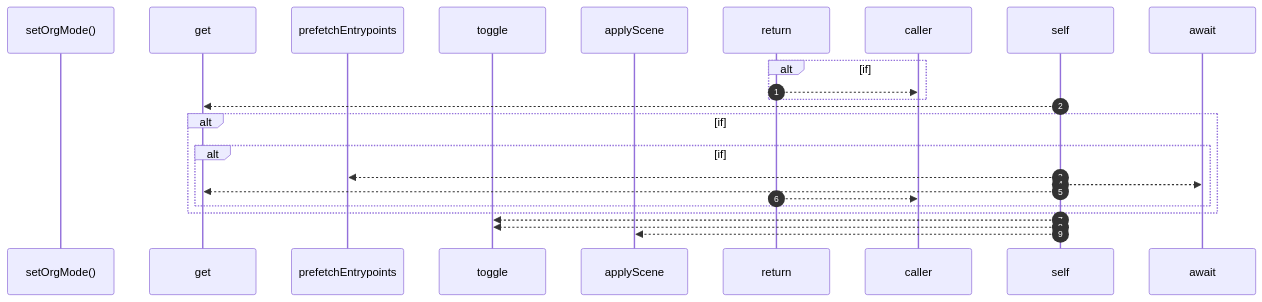
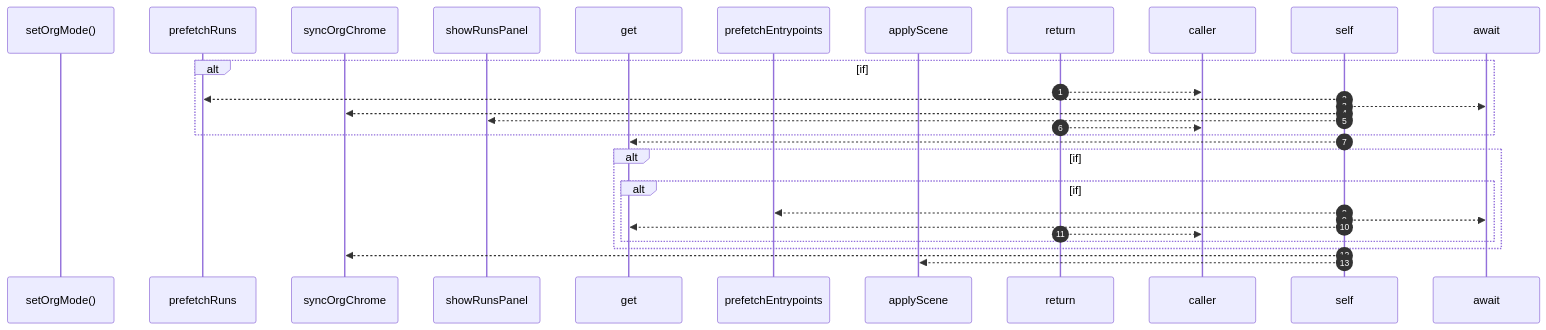
Before and after one commit to RyanGuild/self-describing-code: the diagram in .robby/diagrams/seq-typescript-robby-site-src-viewer-setorgmode.mmd, drawn with Mermaid. The commit also changed 145 other files, not shown here.

```diff
--- a/.robby/diagrams/seq-typescript-robby-site-src-viewer-setorgmode.mmd
+++ b/.robby/diagrams/seq-typescript-robby-site-src-viewer-setorgmode.mmd
@@ -1,22 +1,28 @@
 sequenceDiagram
     autonumber
     participant setOrgMode as setOrgMode()
+    participant prefetchRuns as prefetchRuns
+    participant syncOrgChrome as syncOrgChrome
+    participant showRunsPanel as showRunsPanel
     participant get as get
     participant prefetchEntrypoints as prefetchEntrypoints
-    participant toggle as toggle
     participant applyScene as applyScene
     alt if
+    return-->>caller: 
+    self-->>prefetchRuns: 
+    self-->>await: 
+    self-->>syncOrgChrome: 
+    self-->>showRunsPanel: 
     return-->>caller: 
     end
     self-->>get: 
     alt if
     alt if
     self-->>prefetchEntrypoints: 
     self-->>await: 
     self-->>get: 
     return-->>caller: 
     end
     end
-    self-->>toggle: 
-    self-->>toggle: 
+    self-->>syncOrgChrome: 
     self-->>applyScene: 
```
